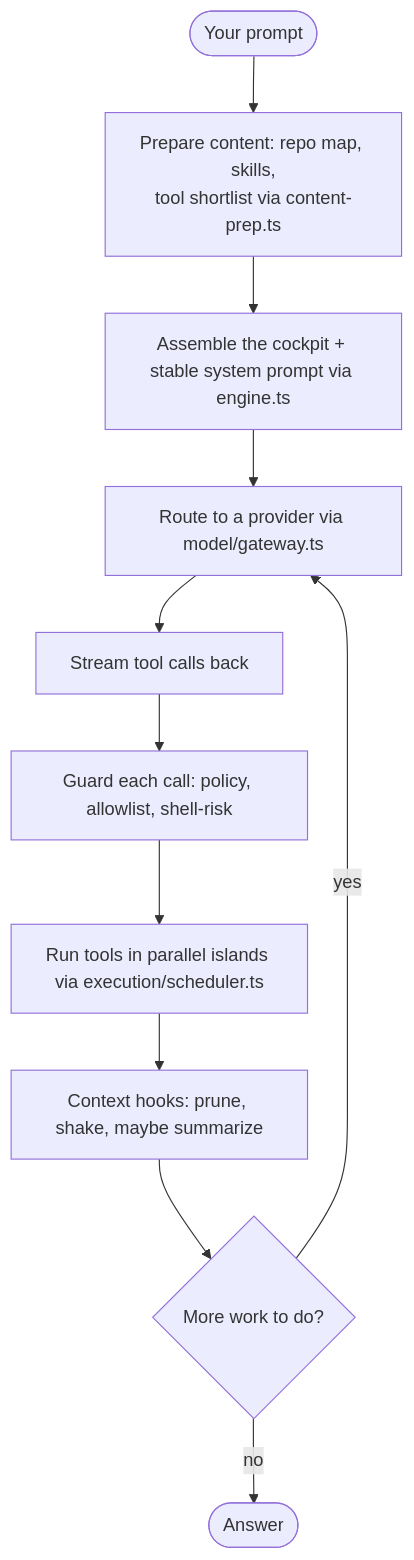
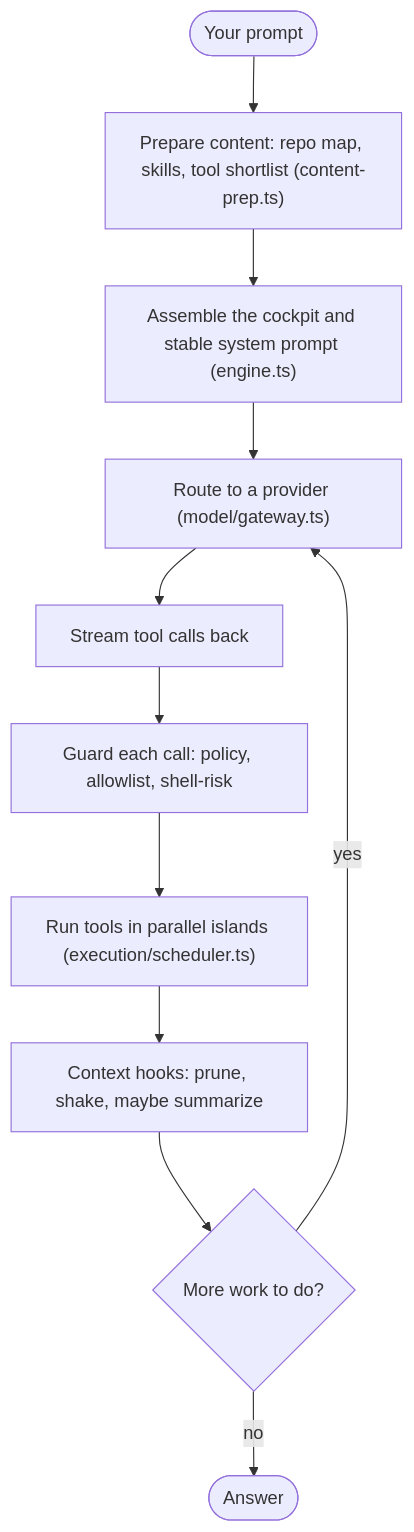
The first of 2 diagrams in README.md (gowtham-uj/ReaperCode), drawn with Mermaid before and after one commit. The commit also changed other lines of this file, not shown here.

First line of the commit message:
Fix Mermaid rendering on GitHub

````diff
--- a/README.md
+++ b/README.md
@@ -28,13 +28,13 @@
 ```mermaid
 flowchart TD
-    U([Your prompt]) --> P[Prepare content: repo map, skills,<br/>tool shortlist via content-prep.ts]
-    P --> B[Assemble the cockpit + stable system prompt via engine.ts]
-    B --> R[Route to a provider via model/gateway.ts]
-    R --> S[Stream tool calls back]
-    S --> G[Guard each call: policy, allowlist, shell-risk]
-    G --> X[Run tools in parallel islands via execution/scheduler.ts]
-    X --> H[Context hooks: prune, shake, maybe summarize]
-    H --> D{More work to do?}
+    U(["Your prompt"]) --> P["Prepare content: repo map, skills, tool shortlist (content-prep.ts)"]
+    P --> B["Assemble the cockpit and stable system prompt (engine.ts)"]
+    B --> R["Route to a provider (model/gateway.ts)"]
+    R --> S["Stream tool calls back"]
+    S --> G["Guard each call: policy, allowlist, shell-risk"]
+    G --> X["Run tools in parallel islands (execution/scheduler.ts)"]
+    X --> H["Context hooks: prune, shake, maybe summarize"]
+    H --> D{"More work to do?"}
     D -->|yes| R
-    D -->|no| E([Answer])
+    D -->|no| E(["Answer"])
 ```
````
